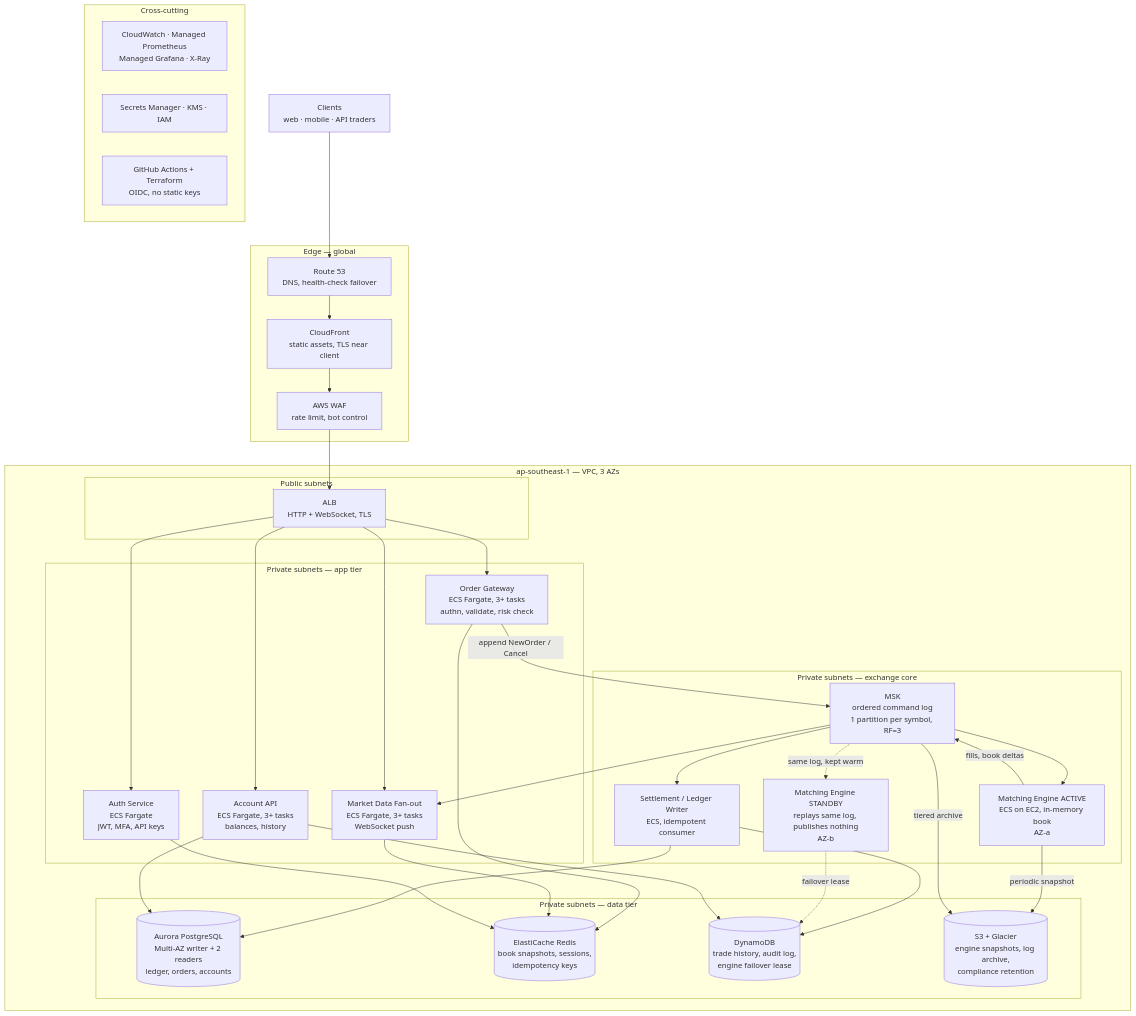
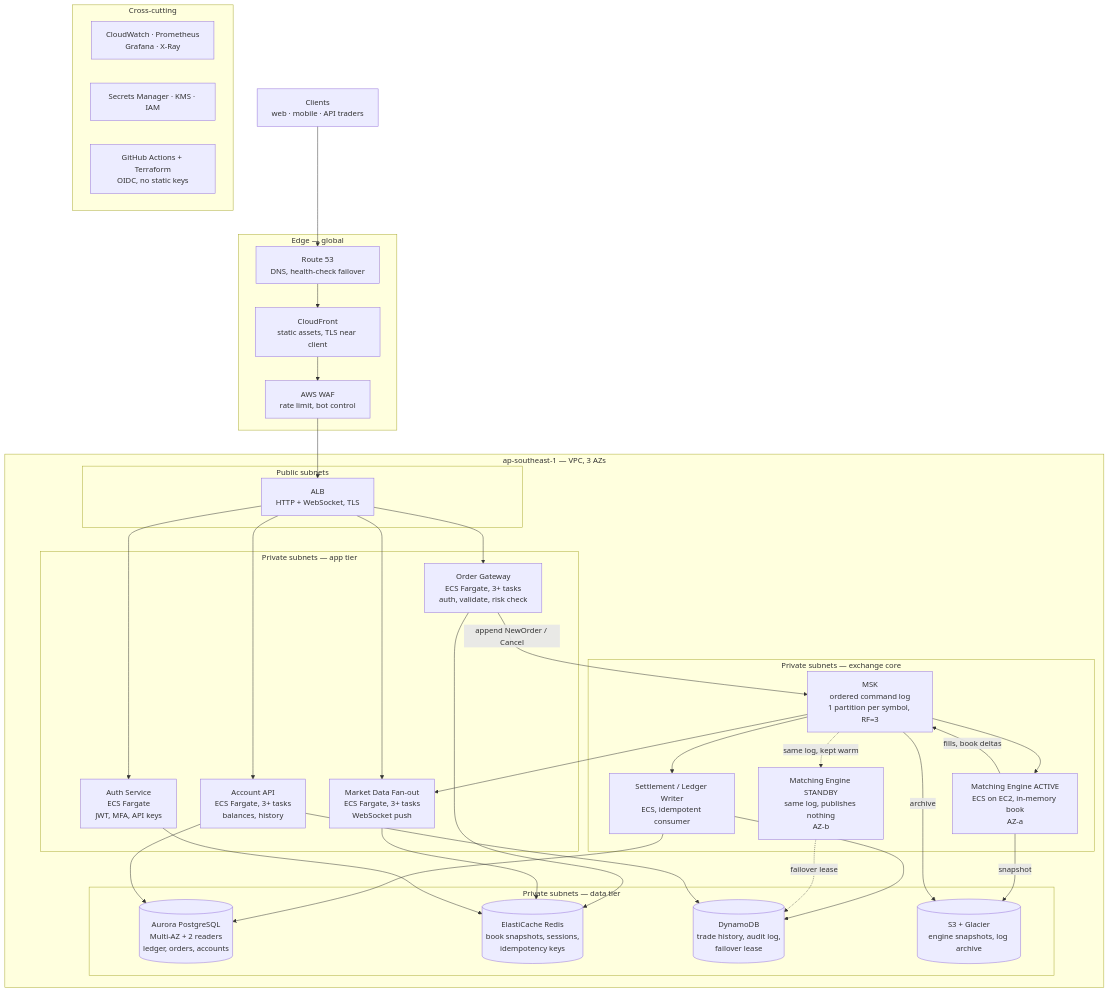
Before and after one commit to hnguyen291988/99tech-devops-challenge: the diagram in src/problem1/SOLUTION.md, drawn with Mermaid. The commit also changed other lines of this file and 5 other files, not shown here.

````diff
--- a/src/problem1/SOLUTION.md
+++ b/src/problem1/SOLUTION.md
@@ -68,67 +51,67 @@
 ```mermaid
 flowchart TB
     WEB["Clients<br/>web · mobile · API traders"]
 
     subgraph edge["Edge — global"]
         R53["Route 53<br/>DNS, health-check failover"]
         CF["CloudFront<br/>static assets, TLS near client"]
         WAF["AWS WAF<br/>rate limit, bot control"]
     end
 
     subgraph region["ap-southeast-1 — VPC, 3 AZs"]
         subgraph public["Public subnets"]
             ALB["ALB<br/>HTTP + WebSocket, TLS"]
         end
 
         subgraph app["Private subnets — app tier"]
-            GW["Order Gateway<br/>ECS Fargate, 3+ tasks<br/>authn, validate, risk check"]
+            GW["Order Gateway<br/>ECS Fargate, 3+ tasks<br/>auth, validate, risk check"]
             MD["Market Data Fan-out<br/>ECS Fargate, 3+ tasks<br/>WebSocket push"]
             ACC["Account API<br/>ECS Fargate, 3+ tasks<br/>balances, history"]
             AUTH["Auth Service<br/>ECS Fargate<br/>JWT, MFA, API keys"]
         end
 
         subgraph core["Private subnets — exchange core"]
             MSK["MSK<br/>ordered command log<br/>1 partition per symbol, RF=3"]
             ME1["Matching Engine ACTIVE<br/>ECS on EC2, in-memory book<br/>AZ-a"]
-            ME2["Matching Engine STANDBY<br/>replays same log, publishes nothing<br/>AZ-b"]
+            ME2["Matching Engine STANDBY<br/>same log, publishes nothing<br/>AZ-b"]
             SET["Settlement / Ledger Writer<br/>ECS, idempotent consumer"]
         end
 
         subgraph data["Private subnets — data tier"]
-            AUR[("Aurora PostgreSQL<br/>Multi-AZ writer + 2 readers<br/>ledger, orders, accounts")]
+            AUR[("Aurora PostgreSQL<br/>Multi-AZ + 2 readers<br/>ledger, orders, accounts")]
             RED[("ElastiCache Redis<br/>book snapshots, sessions,<br/>idempotency keys")]
-            DDB[("DynamoDB<br/>trade history, audit log,<br/>engine failover lease")]
-            S3[("S3 + Glacier<br/>engine snapshots, log archive,<br/>compliance retention")]
+            DDB[("DynamoDB<br/>trade history, audit log,<br/>failover lease")]
+            S3[("S3 + Glacier<br/>engine snapshots, log archive")]
         end
     end
 
     subgraph ops["Cross-cutting"]
-        OBS["CloudWatch · Managed Prometheus<br/>Managed Grafana · X-Ray"]
+        OBS["CloudWatch · Prometheus<br/>Grafana · X-Ray"]
         SEC["Secrets Manager · KMS · IAM"]
         CICD["GitHub Actions + Terraform<br/>OIDC, no static keys"]
     end
 
     WEB --> R53 --> CF --> WAF --> ALB
     ALB --> GW
     ALB --> MD
     ALB --> ACC
     ALB --> AUTH
 
     GW -->|"append NewOrder / Cancel"| MSK
     MSK --> ME1
     MSK -.->|"same log, kept warm"| ME2
     ME1 -->|"fills, book deltas"| MSK
     MSK --> SET
     MSK --> MD
     SET --> AUR
     SET --> DDB
-    ME1 -->|"periodic snapshot"| S3
+    ME1 -->|"snapshot"| S3
     ME2 -.->|"failover lease"| DDB
-    MSK -->|"tiered archive"| S3
+    MSK -->|"archive"| S3
 
     GW --> RED
     ACC --> AUR
     ACC --> DDB
     MD --> RED
     AUTH --> RED
 ```
````
